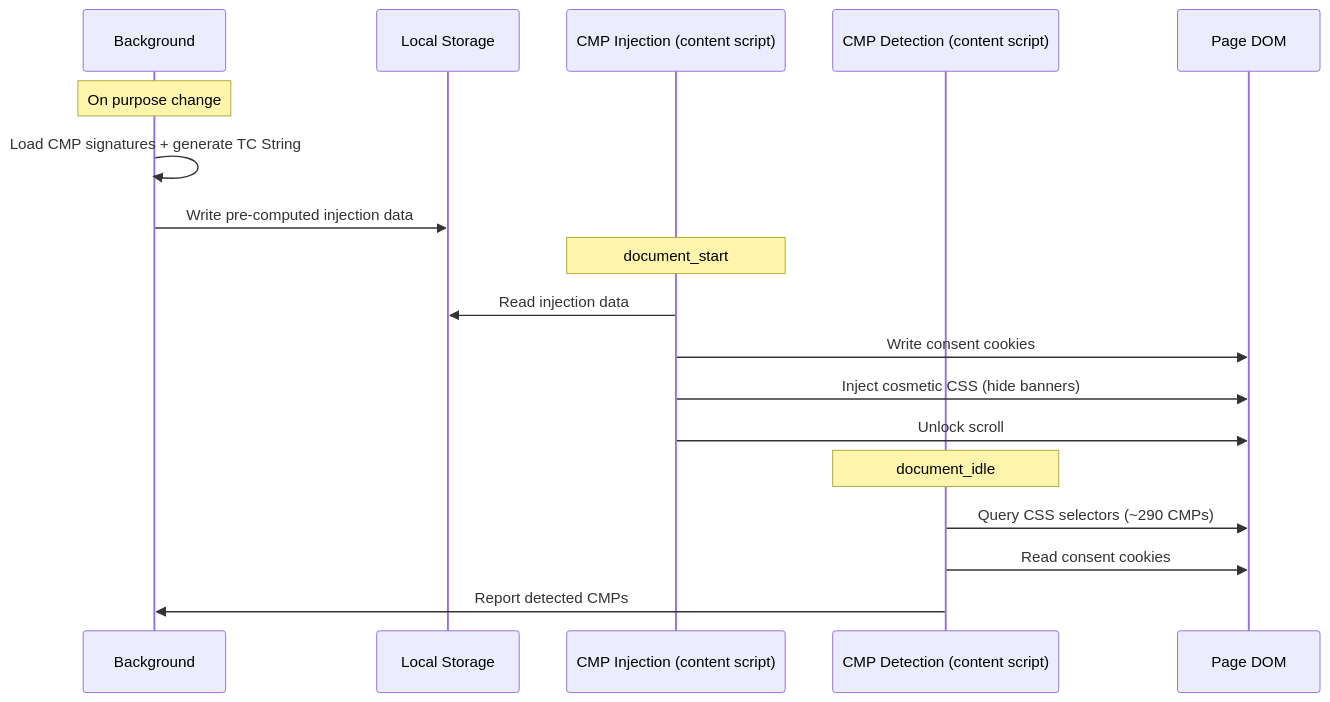
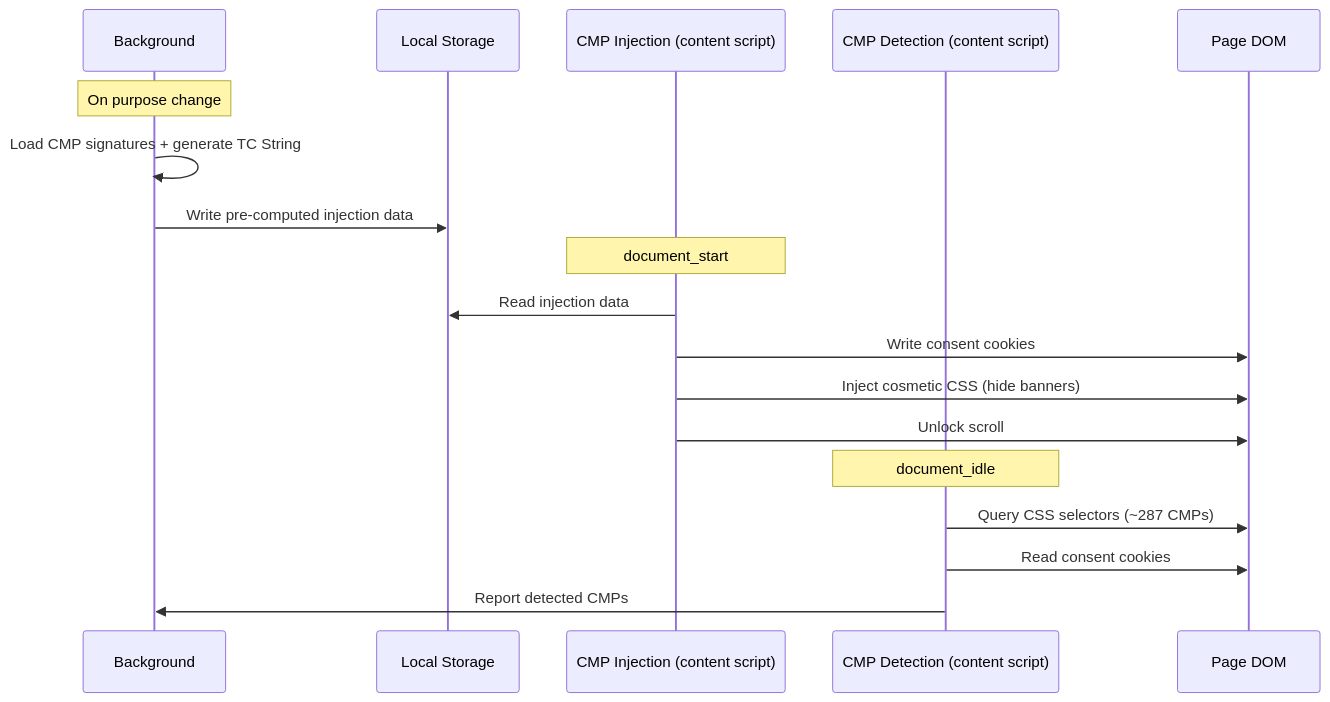
Before and after one commit to ProtoConsent/ProtoConsent: the diagram in design/architecture/cmp-auto-response.md, drawn with Mermaid. The commit also changed other lines of this file and 97 other files, not shown here.

````diff
--- a/design/architecture/cmp-auto-response.md
+++ b/design/architecture/cmp-auto-response.md
@@ -38,23 +38,23 @@
 ```mermaid
 sequenceDiagram
     participant B as Background
     participant S as Local Storage
     participant CI as CMP Injection (content script)
     participant CD as CMP Detection (content script)
     participant Page as Page DOM
 
     Note over B: On purpose change
     B->>B: Load CMP signatures + generate TC String
     B->>S: Write pre-computed injection data
 
     Note over CI: document_start
     CI->>S: Read injection data
     CI->>Page: Write consent cookies
     CI->>Page: Inject cosmetic CSS (hide banners)
     CI->>Page: Unlock scroll
 
     Note over CD: document_idle
-    CD->>Page: Query CSS selectors (~290 CMPs)
+    CD->>Page: Query CSS selectors (~287 CMPs)
     CD->>Page: Read consent cookies
     CD->>B: Report detected CMPs
 ```
````
